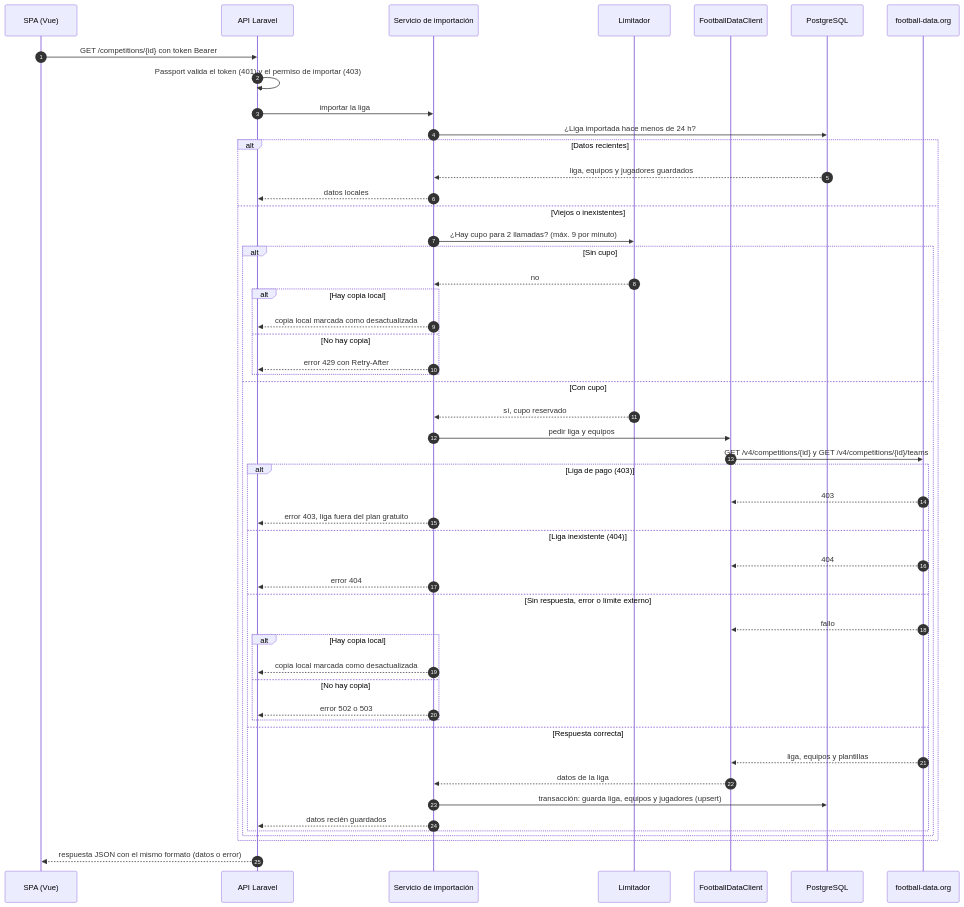
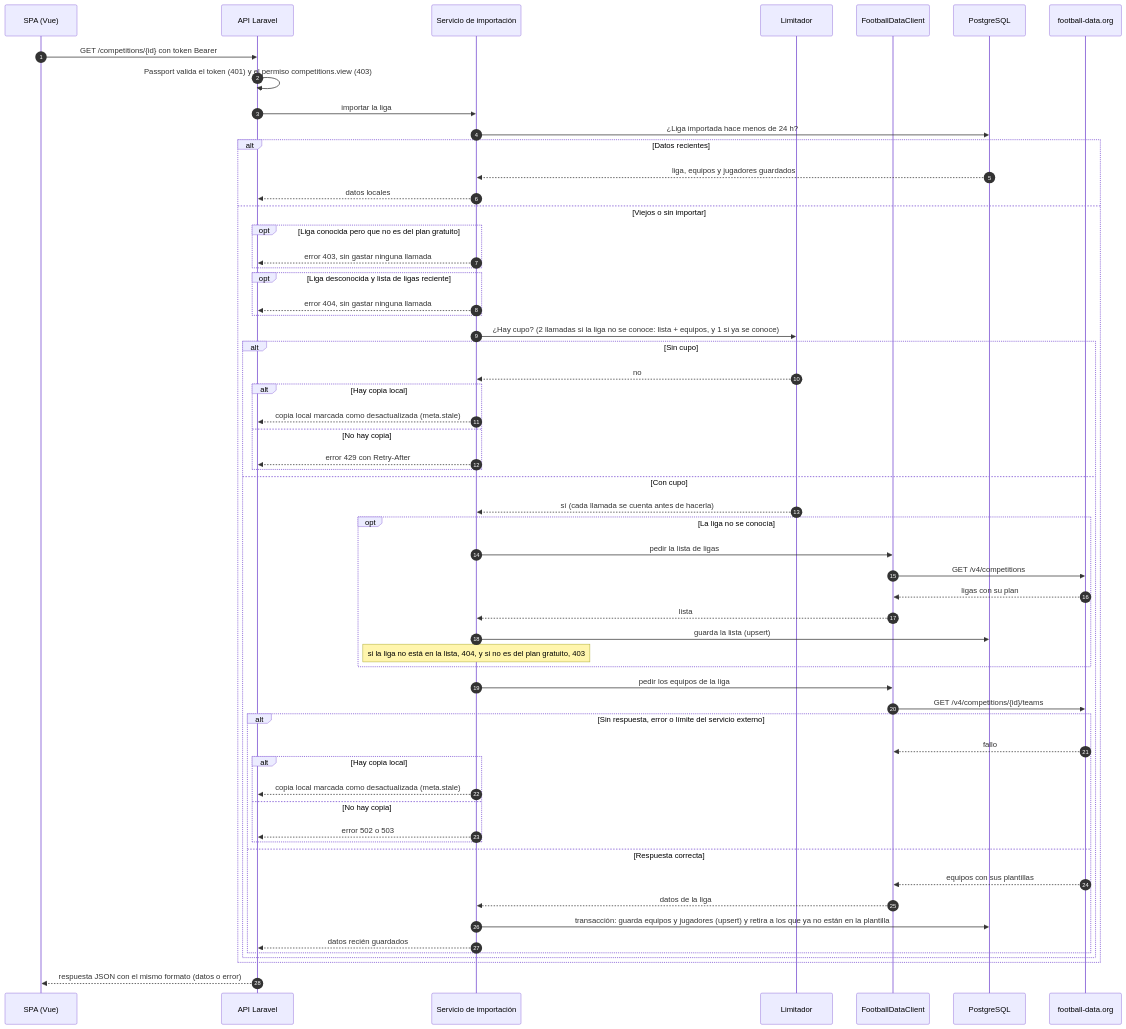
The diagram in docs/flujo-importacion.mmd (jsponceA/football-data), drawn with Mermaid before and after one commit. The commit also changed 12 other files, not shown here.

Commit message:
README completo, diagramas al día y ligas de pago bloqueadas en el listado

```diff
--- a/docs/flujo-importacion.mmd
+++ b/docs/flujo-importacion.mmd
@@ -1,53 +1,61 @@
 sequenceDiagram
   autonumber
   participant S as SPA (Vue)
   participant A as API Laravel
   participant I as Servicio de importación
   participant L as Limitador
   participant F as FootballDataClient
   participant D as PostgreSQL
   participant X as football-data.org
 
   S->>A: GET /competitions/{id} con token Bearer
-  A->>A: Passport valida el token (401) y el permiso de importar (403)
+  A->>A: Passport valida el token (401) y el permiso competitions.view (403)
   A->>I: importar la liga
   I->>D: ¿Liga importada hace menos de 24 h?
 
   alt Datos recientes
     D-->>I: liga, equipos y jugadores guardados
     I-->>A: datos locales
-  else Viejos o inexistentes
-    I->>L: ¿Hay cupo para 2 llamadas? (máx. 9 por minuto)
+  else Viejos o sin importar
+    opt Liga conocida pero que no es del plan gratuito
+      I-->>A: error 403, sin gastar ninguna llamada
+    end
+    opt Liga desconocida y lista de ligas reciente
+      I-->>A: error 404, sin gastar ninguna llamada
+    end
+    I->>L: ¿Hay cupo? (2 llamadas si la liga no se conoce: lista + equipos, y 1 si ya se conoce)
     alt Sin cupo
       L-->>I: no
       alt Hay copia local
-        I-->>A: copia local marcada como desactualizada
+        I-->>A: copia local marcada como desactualizada (meta.stale)
       else No hay copia
         I-->>A: error 429 con Retry-After
       end
     else Con cupo
-      L-->>I: sí, cupo reservado
-      I->>F: pedir liga y equipos
-      F->>X: GET /v4/competitions/{id} y GET /v4/competitions/{id}/teams
-      alt Liga de pago (403)
-        X-->>F: 403
-        I-->>A: error 403, liga fuera del plan gratuito
-      else Liga inexistente (404)
-        X-->>F: 404
-        I-->>A: error 404
-      else Sin respuesta, error o límite externo
+      L-->>I: sí (cada llamada se cuenta antes de hacerla)
+      opt La liga no se conocía
+        I->>F: pedir la lista de ligas
+        F->>X: GET /v4/competitions
+        X-->>F: ligas con su plan
+        F-->>I: lista
+        I->>D: guarda la lista (upsert)
+        Note over I: si la liga no está en la lista, 404, y si no es del plan gratuito, 403
+      end
+      I->>F: pedir los equipos de la liga
+      F->>X: GET /v4/competitions/{id}/teams
+      alt Sin respuesta, error o límite del servicio externo
         X-->>F: fallo
         alt Hay copia local
-          I-->>A: copia local marcada como desactualizada
+          I-->>A: copia local marcada como desactualizada (meta.stale)
         else No hay copia
           I-->>A: error 502 o 503
         end
       else Respuesta correcta
-        X-->>F: liga, equipos y plantillas
+        X-->>F: equipos con sus plantillas
         F-->>I: datos de la liga
-        I->>D: transacción: guarda liga, equipos y jugadores (upsert)
+        I->>D: transacción: guarda equipos y jugadores (upsert) y retira a los que ya no están en la plantilla
         I-->>A: datos recién guardados
       end
     end
   end
   A-->>S: respuesta JSON con el mismo formato (datos o error)
```
